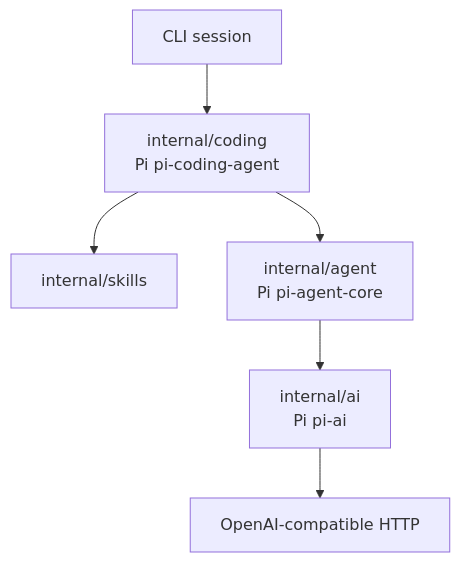
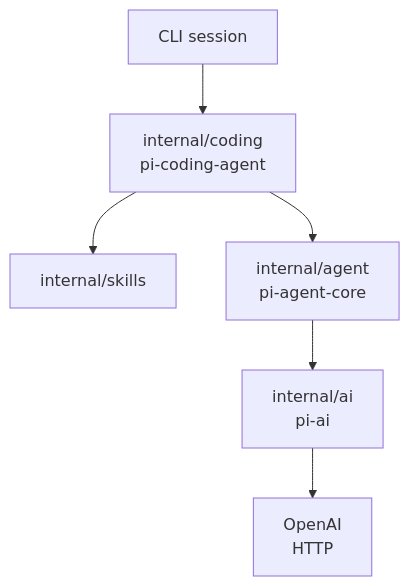
The first of 2 diagrams in README.md (zyy17/pigo), drawn with Mermaid before and after one commit. The commit also changed other lines of this file and 5 other files, not shown here.

First line of the commit message:
docs: fix clipped labels in TUI diagrams

````diff
--- a/README.md
+++ b/README.md
@@ -11,14 +11,14 @@
 ```mermaid
 flowchart TD
     cli["CLI session"]
-    coding["internal/coding<br/>Pi pi-coding-agent"]
+    coding["internal/coding<br/>pi-coding-agent"]
     skills["internal/skills"]
-    agent["internal/agent<br/>Pi pi-agent-core"]
-    ai["internal/ai<br/>Pi pi-ai"]
-    http["OpenAI-compatible HTTP"]
+    agent["internal/agent<br/>pi-agent-core"]
+    ai["internal/ai<br/>pi-ai"]
+    http["OpenAI<br/>HTTP"]
     cli --> coding
     coding --> skills
     coding --> agent
     agent --> ai
     ai --> http
 ```
````
